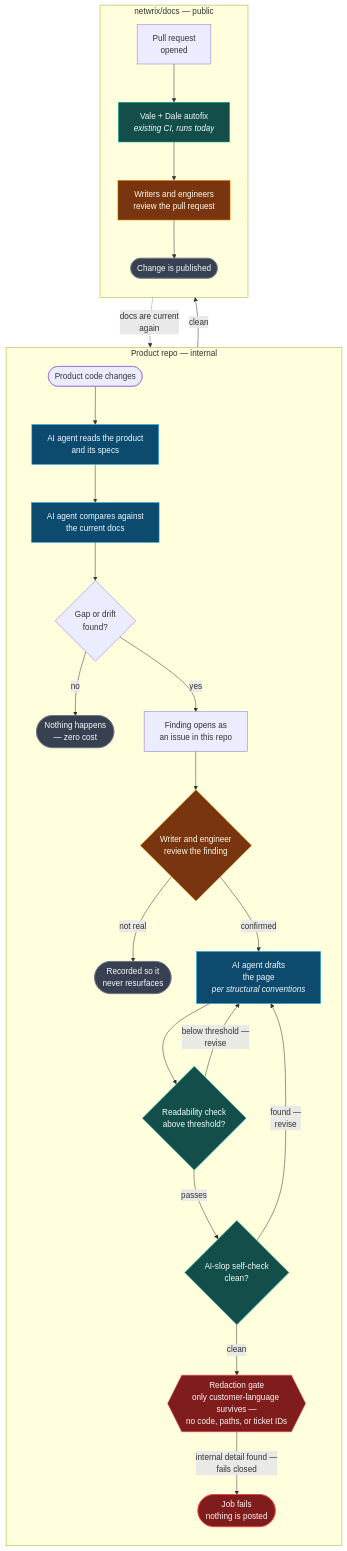
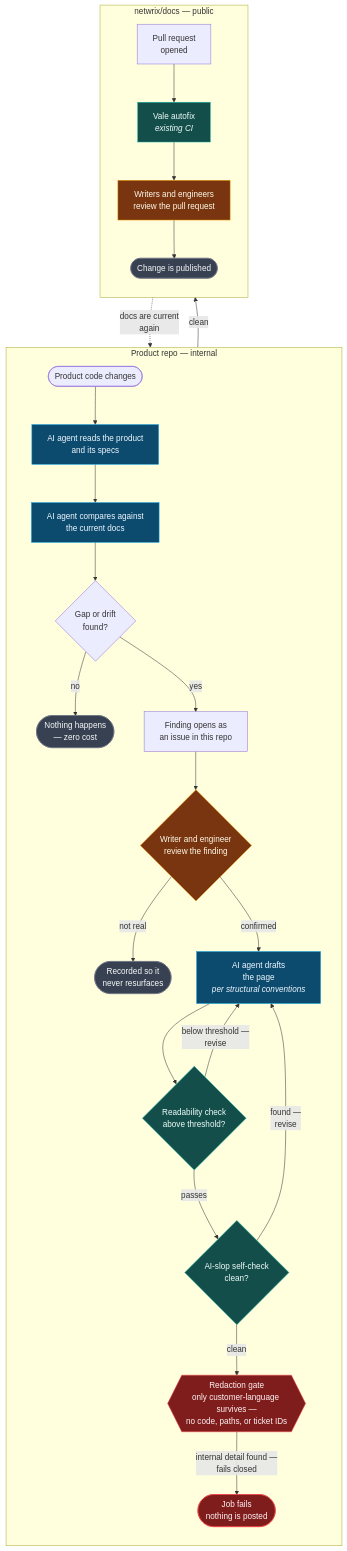
The first of 7 diagrams in docsync/xchange-article.md (netwrix/docs), drawn with Mermaid before and after one commit. The commit also changed other lines of this file, not shown here.

Commit message:
Drop Dale from the post-PR node in the workflow-at-a-glance diagram
Dale already ran as part of the pre-PR self-check loop, so it's already
satisfied by the time the PR reaches netwrix/docs. Relabel the existing
CI node to Vale only, and clarify in the caption that Dale has already
passed by that point.

````diff
--- a/docsync/xchange-article.md
+++ b/docsync/xchange-article.md
@@ -37,43 +37,43 @@
 ```mermaid
 flowchart TB
   subgraph PR["Product repo — internal"]
     direction TB
     A(["Product code changes"]) --> B["AI agent reads the product<br/>and its specs"]
     B --> C["AI agent compares against<br/>the current docs"]
     C --> D{"Gap or drift<br/>found?"}
     D -- "no" --> E(["Nothing happens<br/>— zero cost"])
     D -- "yes" --> F["Finding opens as<br/>an issue in this repo"]
     F --> G{"Writer and engineer<br/>review the finding"}
     G -- "not real" --> H(["Recorded so it<br/>never resurfaces"])
     G -- "confirmed" --> I["AI agent drafts<br/>the page<br/><i>per structural conventions</i>"]
     I --> READ{"Readability check<br/>above threshold?"}
     READ -- "below threshold —<br/>revise" --> I
     READ -- "passes" --> SLOP{"AI-slop self-check<br/>clean?"}
     SLOP -- "found —<br/>revise" --> I
     SLOP -- "clean" --> RED{{"Redaction gate<br/>only customer-language survives —<br/>no code, paths, or ticket IDs"}}
     RED -- "internal detail found —<br/>fails closed" --> FAIL(["Job fails<br/>nothing is posted"])
   end
 
   subgraph DOCS["netwrix/docs — public"]
     direction TB
     PRQ["Pull request<br/>opened"]
-    LINT["Vale + Dale autofix<br/><i>existing CI, runs today</i>"]
+    LINT["Vale autofix<br/><i>existing CI</i>"]
     J["Writers and engineers<br/>review the pull request"]
     K(["Change is published"])
     PRQ --> LINT --> J --> K
   end
 
   RED -- "clean" --> PRQ
   K -.->|"docs are current<br/>again"| C
 
   classDef stop fill:#374151,stroke:#6b7280,color:#f9fafb
   classDef human fill:#78350f,stroke:#f59e0b,color:#fffbeb
   classDef ai fill:#0c4a6e,stroke:#0ea5e9,color:#f0f9ff
   classDef gate fill:#7f1d1d,stroke:#ef4444,color:#fef2f2
   classDef check fill:#134e4a,stroke:#14b8a6,color:#f0fdfa
   class E,H,K stop
   class G,J human
   class B,C,I ai
   class RED,FAIL gate
   class READ,SLOP,LINT check
 ```
````
